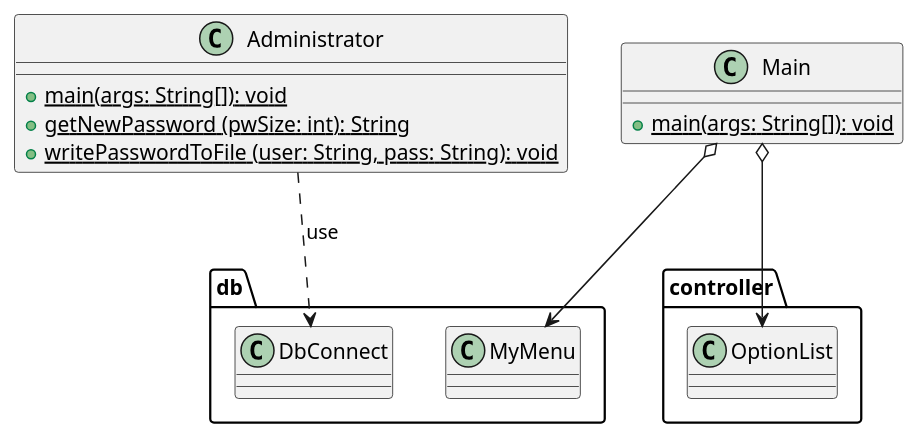
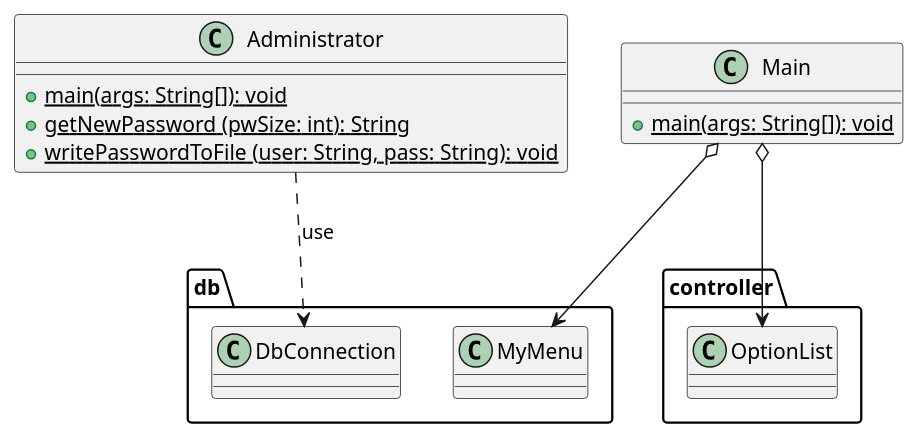
The diagram in Documentation/Ver1/main.puml (bernagit/IngegneriaSoftware), drawn with PlantUML before and after one commit. The commit also changed 6 other files, not shown here.

```diff
--- a/Documentation/Ver1/main.puml
+++ b/Documentation/Ver1/main.puml
@@ -1,19 +1,19 @@
 @startuml main
 class Administrator {
     +{static} main(args: String[]): void
     +{static} getNewPassword (pwSize: int): String
     +{static} writePasswordToFile (user: String, pass: String): void
 
 }
 
 class Main {
     +{static} main(args: String[]): void
 }
 
 
 Main o--> controller.OptionList
 Main o--> db.MyMenu
 
-Administrator ..> db.DbConnect: use
+Administrator ..> db.DbConnection: use
 
 @enduml
```
